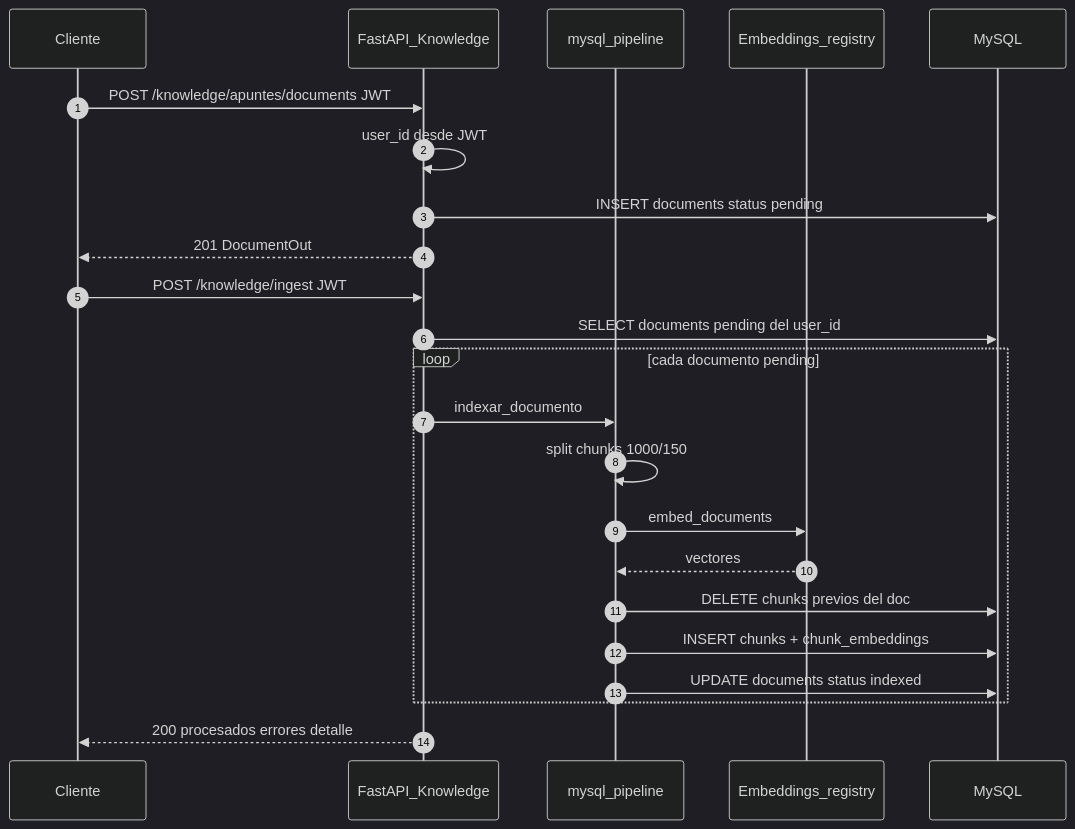
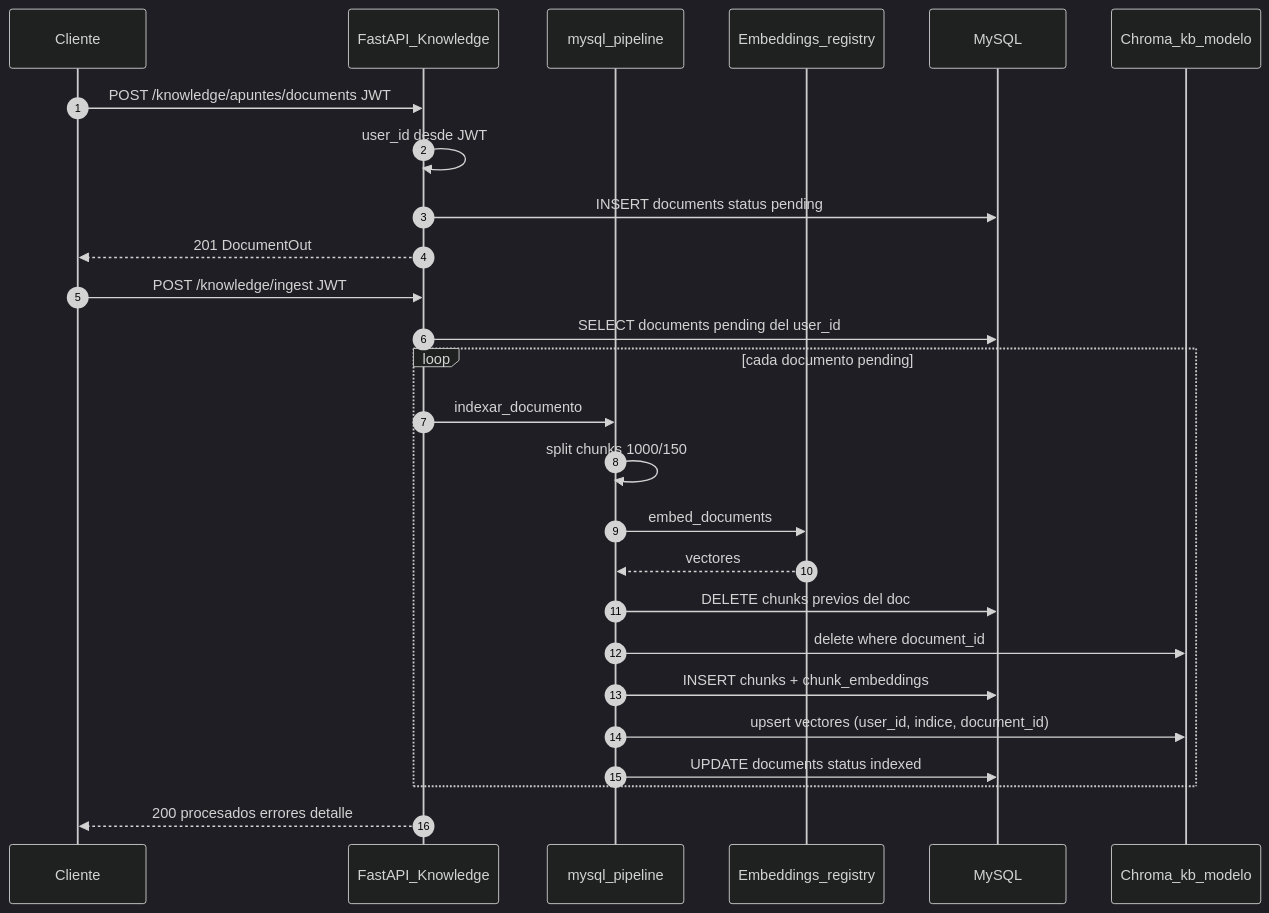
One commit to DavidLeonP/Orquestacion-Agentes changed the second of 9 diagrams in docs/diagramas-secuencia.md. Above: the diagram before and after it, drawn with Mermaid (dark theme). The commit also changed other lines of this file and 70 other files, not shown here.

````diff
--- a/docs/diagramas-secuencia.md
+++ b/docs/diagramas-secuencia.md
@@ -47,27 +47,30 @@
 ```mermaid
 sequenceDiagram
     autonumber
     participant C as Cliente
     participant API as FastAPI_Knowledge
     participant Pipe as mysql_pipeline
     participant Emb as Embeddings_registry
     participant DB as MySQL
+    participant CH as Chroma_kb_modelo
 
     C->>API: POST /knowledge/apuntes/documents JWT
     API->>API: user_id desde JWT
     API->>DB: INSERT documents status pending
     API-->>C: 201 DocumentOut
 
     C->>API: POST /knowledge/ingest JWT
     API->>DB: SELECT documents pending del user_id
     loop cada documento pending
         API->>Pipe: indexar_documento
         Pipe->>Pipe: split chunks 1000/150
         Pipe->>Emb: embed_documents
         Emb-->>Pipe: vectores
         Pipe->>DB: DELETE chunks previos del doc
+        Pipe->>CH: delete where document_id
         Pipe->>DB: INSERT chunks + chunk_embeddings
+        Pipe->>CH: upsert vectores (user_id, indice, document_id)
         Pipe->>DB: UPDATE documents status indexed
     end
     API-->>C: 200 procesados errores detalle
 ```
````
